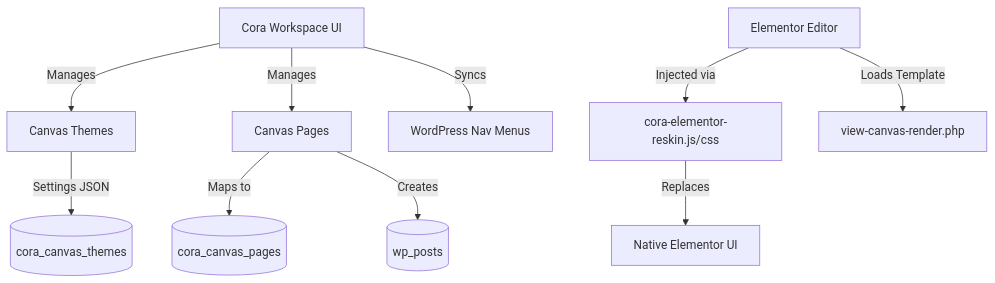
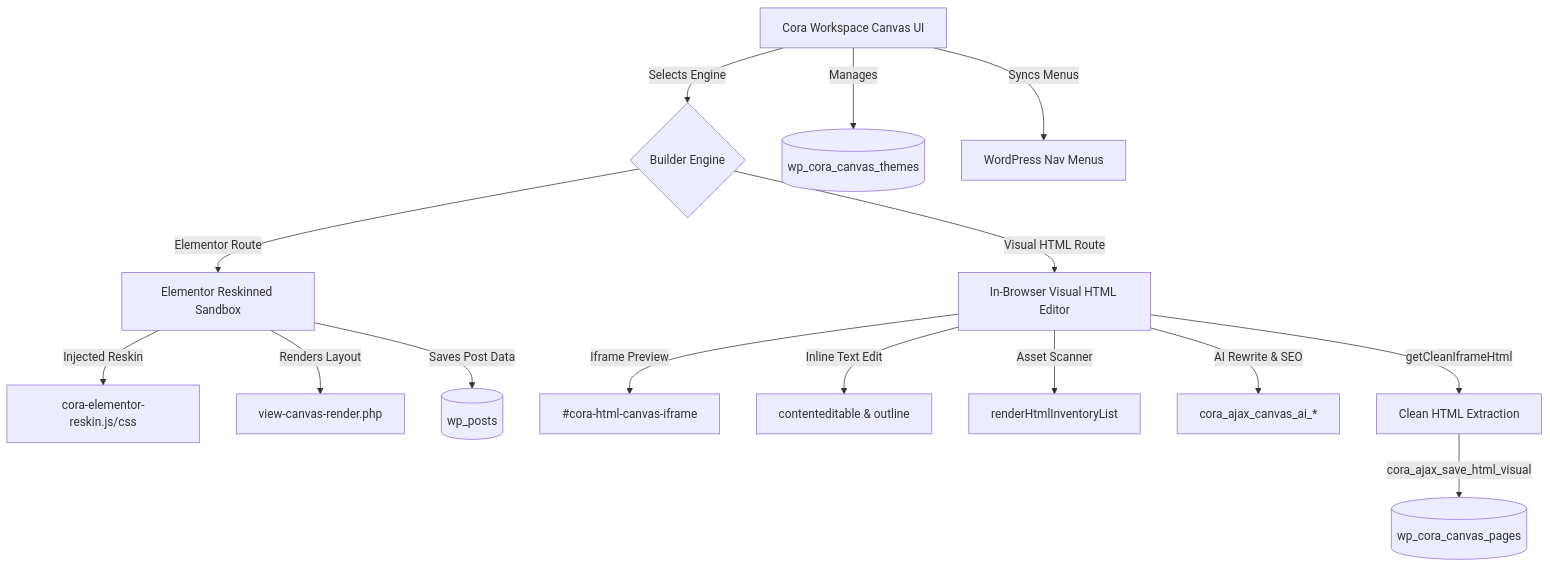
The diagram in docs/canvas-frontend-module.md (dravyafolio2021/cora-updates), drawn with Mermaid before and after one commit. The commit also changed other lines of this file and 15 other files, not shown here.

````diff
--- a/docs/canvas-frontend-module.md
+++ b/docs/canvas-frontend-module.md
@@ -16,12 +14,20 @@
 ```mermaid
 graph TD
-    A[Cora Workspace UI] -->|Manages| B[Canvas Themes]
-    A -->|Manages| C[Canvas Pages]
-    A -->|Syncs| D[WordPress Nav Menus]
-    B -->|Settings JSON| E[(cora_canvas_themes)]
-    C -->|Maps to| F[(cora_canvas_pages)]
-    C -->|Creates| G[(wp_posts)]
-    H[Elementor Editor] -->|Injected via| I[cora-elementor-reskin.js/css]
-    I -->|Replaces| J[Native Elementor UI]
-    H -->|Loads Template| K[view-canvas-render.php]
+    A[Cora Workspace Canvas UI] -->|Selects Engine| B{Builder Engine}
+    B -->|Elementor Route| C[Elementor Reskinned Sandbox]
+    B -->|Visual HTML Route| D[In-Browser Visual HTML Editor]
+    
+    C -->|Injected Reskin| E[cora-elementor-reskin.js/css]
+    C -->|Renders Layout| F[view-canvas-render.php]
+    C -->|Saves Post Data| G[(wp_posts)]
+    
+    D -->|Iframe Preview| H[#cora-html-canvas-iframe]
+    D -->|Inline Text Edit| I[contenteditable & outline]
+    D -->|Asset Scanner| J[renderHtmlInventoryList]
+    D -->|AI Rewrite & SEO| K[cora_ajax_canvas_ai_*]
+    D -->|getCleanIframeHtml| L[Clean HTML Extraction]
+    L -->|cora_ajax_save_html_visual| M[(wp_cora_canvas_pages)]
+    
+    A -->|Manages| N[(wp_cora_canvas_themes)]
+    A -->|Syncs Menus| O[WordPress Nav Menus]
 ```
````
